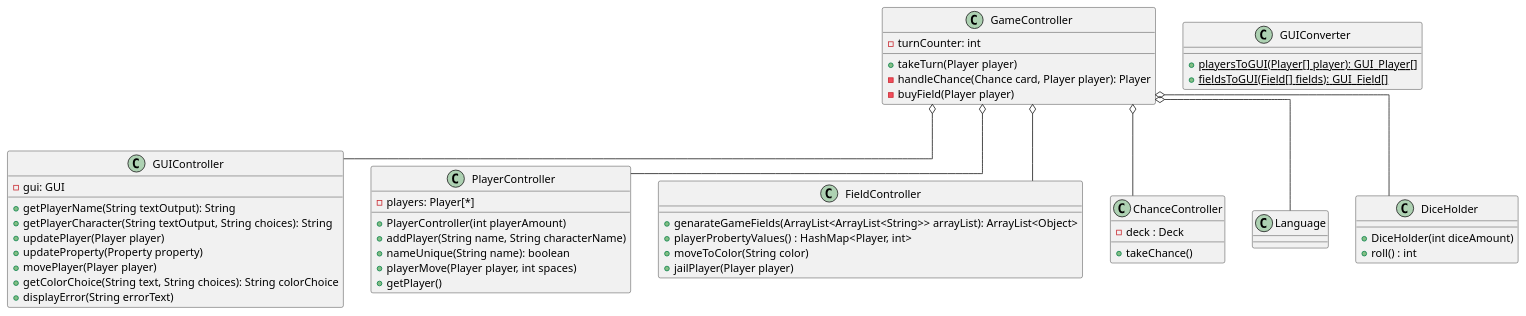
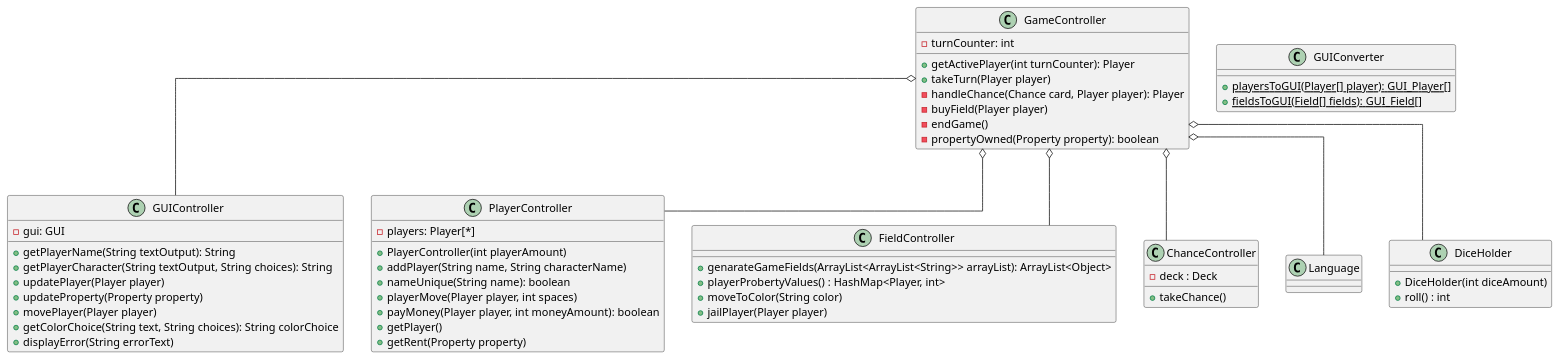
One commit to Gruppe-10-DTU/CDIO-FINAL changed the diagram in src/main/resources/ControllerDiagram.puml. Above: the diagram before and after it, drawn with PlantUML. The commit also changed 1 other file, not shown here.

Commit message:
Added methods to ControllerDiagram based on SequenceDiagram

```diff
--- a/src/main/resources/ControllerDiagram.puml
+++ b/src/main/resources/ControllerDiagram.puml
@@ -1,63 +1,68 @@
 @startuml
 skinparam linetype polyline
 skinparam linetype ortho
 
 Class GUIController{
  - gui: GUI
  + getPlayerName(String textOutput): String
  + getPlayerCharacter(String textOutput, String choices): String
  + updatePlayer(Player player)
  + updateProperty(Property property)
  + movePlayer(Player player)
  + getColorChoice(String text, String choices): String colorChoice
  + displayError(String errorText)
 }
 Class GUIConverter{
  {static} + playersToGUI(Player[] player): GUI_Player[]
  {static} + fieldsToGUI(Field[] fields): GUI_Field[]
 }
 Class GameController{
  - turnCounter: int
+ + getActivePlayer(int turnCounter): Player
  + takeTurn(Player player)
  - handleChance(Chance card, Player player): Player
  - buyField(Player player)
+ - endGame()
+ - propertyOwned(Property property): boolean
 }
 
 Class PlayerController{
  - players: Player[*]
  + PlayerController(int playerAmount)
  + addPlayer(String name, String characterName)
  + nameUnique(String name): boolean
  + playerMove(Player player, int spaces)
+ + payMoney(Player player, int moneyAmount): boolean
  + getPlayer()
+ + getRent(Property property)
 }
 
 Class FieldController{
  + genarateGameFields(ArrayList<ArrayList<String>> arrayList): ArrayList<Object>
  + playerProbertyValues() : HashMap<Player, int>
  + moveToColor(String color)
  + jailPlayer(Player player)
 }
 
 Class ChanceController{
  - deck : Deck
  + takeChance()
 }
 
 Class Language{
 
 }
 
 Class DiceHolder{
  + DiceHolder(int diceAmount)
  + roll() : int
 }
 
 GameController o-- GUIController
 GameController o-- PlayerController
 GameController o-- FieldController
 GameController o-- ChanceController
 GameController o-- DiceHolder
 GameController o-- Language
 
 @enduml
```
